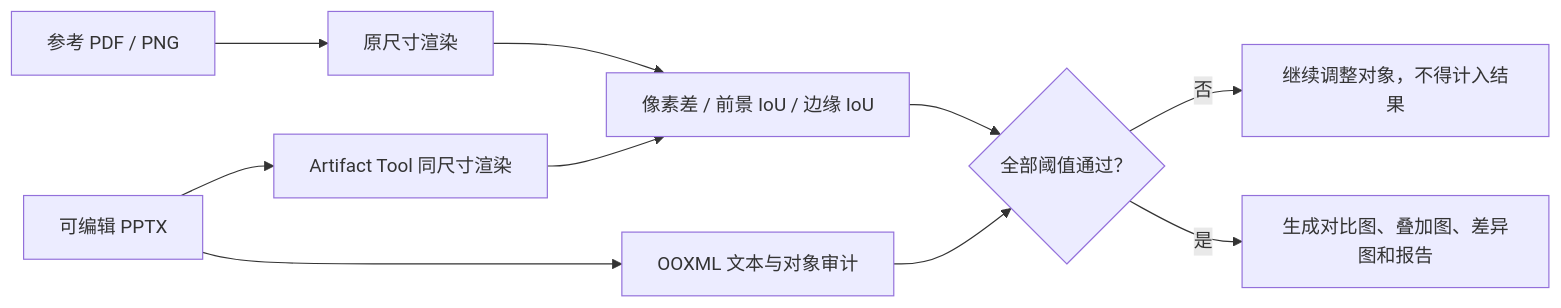
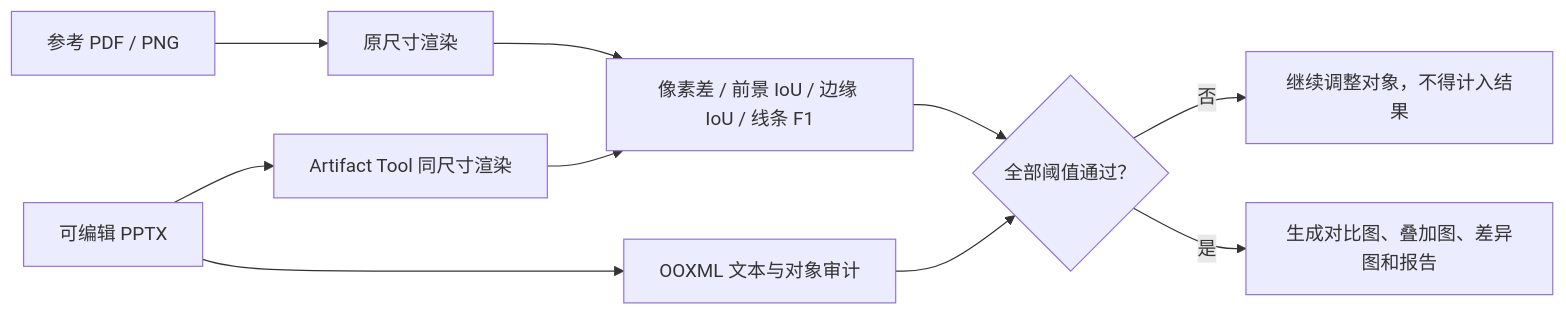
The second of 2 diagrams in README.md (goya4140/powerpoint-canvas-controller-macos), drawn with Mermaid before and after one commit. The commit also changed other lines of this file and 115 other files, not shown here.

````diff
--- a/README.md
+++ b/README.md
@@ -181,12 +282,12 @@
 ```mermaid
 flowchart LR
     A["参考 PDF / PNG"] --> B["原尺寸渲染"]
     C["可编辑 PPTX"] --> D["Artifact Tool 同尺寸渲染"]
     C --> E["OOXML 文本与对象审计"]
-    B --> F["像素差 / 前景 IoU / 边缘 IoU"]
+    B --> F["像素差 / 前景 IoU / 边缘 IoU / 线条 F1"]
     D --> F
     E --> G{"全部阈值通过？"}
     F --> G
     G -->|否| H["继续调整对象，不得计入结果"]
     G -->|是| I["生成对比图、叠加图、差异图和报告"]
 ```
````
